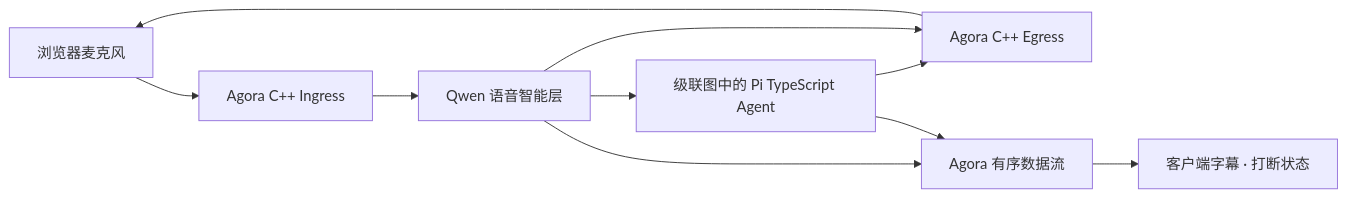
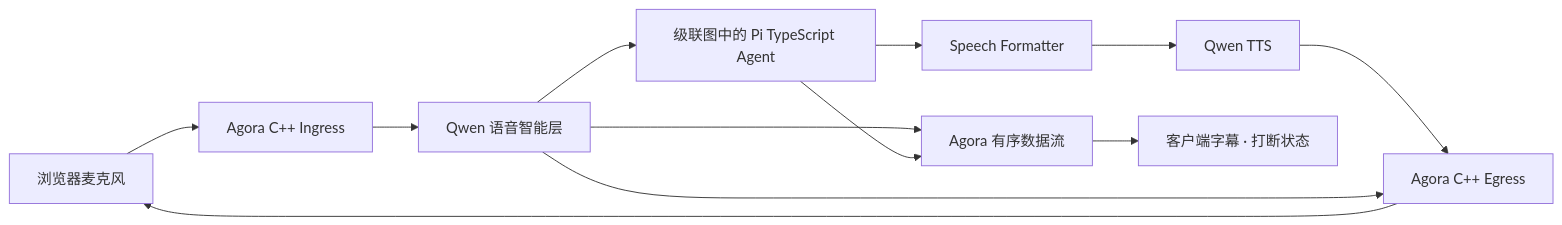
One commit to PiyotaHu/muxiva changed the diagram in docs/site/zh/index.md. Above: the diagram before and after it, drawn with Mermaid. The commit also changed other lines of this file and 24 other files, not shown here.

````diff
--- a/docs/site/zh/index.md
+++ b/docs/site/zh/index.md
@@ -24,12 +24,14 @@
 ```mermaid
 flowchart LR
     WEB["浏览器麦克风"] --> AGORA_IN["Agora C++ Ingress"]
     AGORA_IN --> QWEN["Qwen 语音智能层"]
     QWEN --> PI["级联图中的 Pi TypeScript Agent"]
-    PI --> AGORA_OUT["Agora C++ Egress"]
+    PI --> FORMAT["Speech Formatter"]
+    FORMAT --> TTS["Qwen TTS"]
+    TTS --> AGORA_OUT["Agora C++ Egress"]
     QWEN --> AGORA_OUT
     AGORA_OUT --> WEB
     QWEN --> DATA["Agora 有序数据流"]
     PI --> DATA
     DATA --> LIVE["客户端字幕 · 打断状态"]
 ```
````
